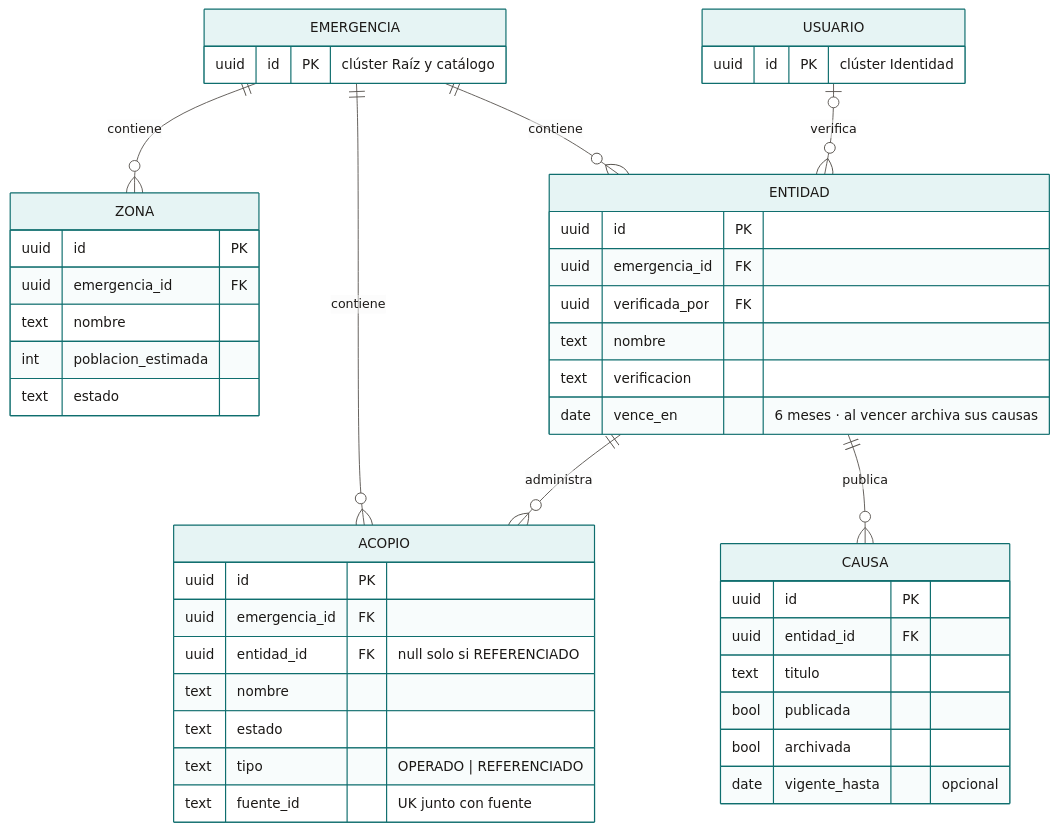
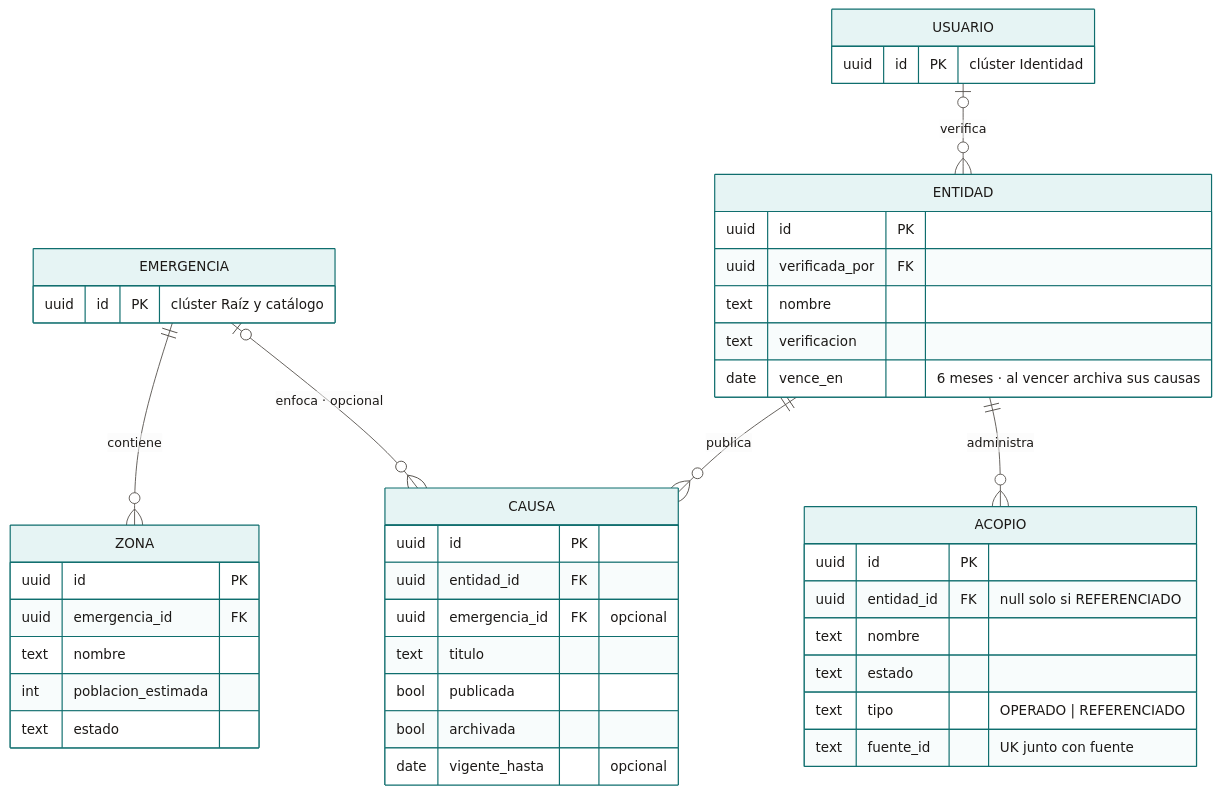
Before and after one commit to Proyecto-IngSoftware/acopio: the diagram in docs/02-arquitectura/diagramas/mmd/er-02-red.mmd, drawn with Mermaid. The commit also changed 30 other files, not shown here.

```diff
--- a/docs/02-arquitectura/diagramas/mmd/er-02-red.mmd
+++ b/docs/02-arquitectura/diagramas/mmd/er-02-red.mmd
@@ -1,47 +1,45 @@
 %%{init: {"theme":"base","themeVariables":{"fontFamily":"Inter, Segoe UI, Arial, sans-serif","fontSize":"15px","primaryColor":"#E6F4F4","primaryTextColor":"#1C1917","primaryBorderColor":"#0F6E6E","secondaryColor":"#C7E8E8","tertiaryColor":"#FAFAF9","lineColor":"#57534E","textColor":"#1C1917","mainBkg":"#E6F4F4","nodeBorder":"#0F6E6E","clusterBkg":"#F5F5F4","clusterBorder":"#A8A29E","edgeLabelBackground":"#FFFFFF","attributeBackgroundColorOdd":"#FFFFFF","attributeBackgroundColorEven":"#F5F5F4"},"er":{"useMaxWidth":false},"flowchart":{"useMaxWidth":false,"htmlLabels":true,"curve":"basis"}}}%%
 erDiagram
-    EMERGENCIA ||--o{ ACOPIO : contiene
     EMERGENCIA ||--o{ ZONA : contiene
-    EMERGENCIA ||--o{ ENTIDAD : contiene
+    EMERGENCIA |o--o{ CAUSA : "enfoca · opcional"
     ENTIDAD ||--o{ CAUSA : publica
     ENTIDAD ||--o{ ACOPIO : administra
     USUARIO |o--o{ ENTIDAD : verifica
 
     EMERGENCIA {
         uuid id PK "clúster Raíz y catálogo"
     }
     USUARIO {
         uuid id PK "clúster Identidad"
     }
     ENTIDAD {
         uuid id PK
-        uuid emergencia_id FK
         uuid verificada_por FK
         text nombre
         text verificacion
         date vence_en "6 meses · al vencer archiva sus causas"
     }
     CAUSA {
         uuid id PK
         uuid entidad_id FK
+        uuid emergencia_id FK "opcional"
         text titulo
         bool publicada
         bool archivada
         date vigente_hasta "opcional"
     }
     ACOPIO {
         uuid id PK
-        uuid emergencia_id FK
         uuid entidad_id FK "null solo si REFERENCIADO"
         text nombre
         text estado
         text tipo "OPERADO | REFERENCIADO"
         text fuente_id "UK junto con fuente"
     }
     ZONA {
         uuid id PK
         uuid emergencia_id FK
         text nombre
         int poblacion_estimada
         text estado
     }
```
